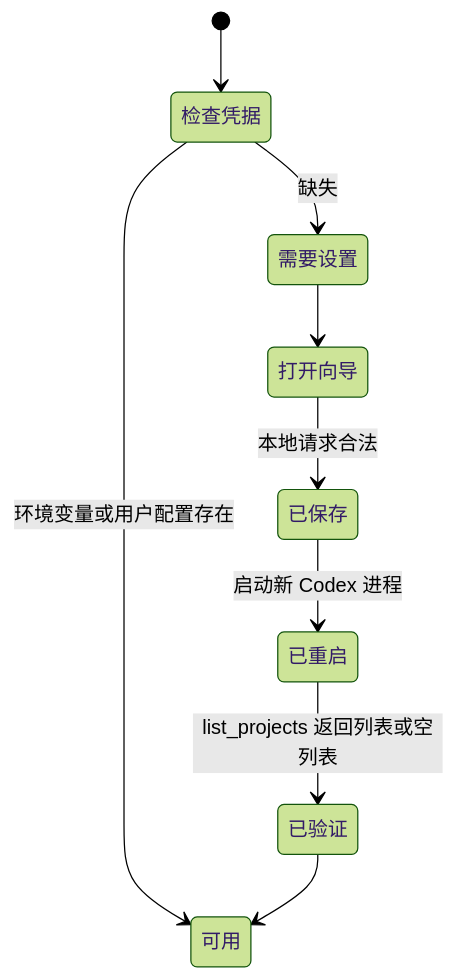
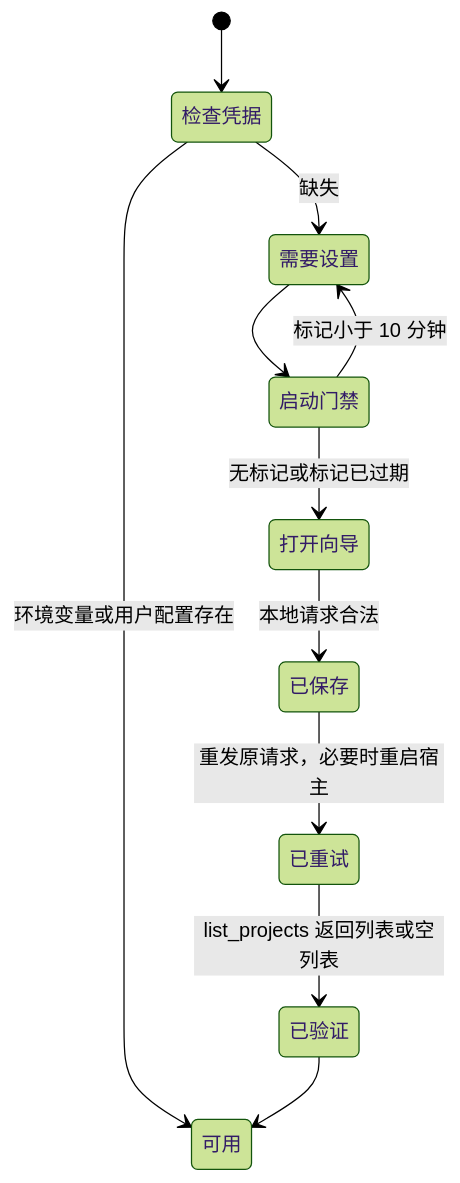
The eighth of 11 diagrams in docs/Stitch-Design-Architecture.zh_CN.md (full-stack-plugins/stitch-design-plugin), drawn with Mermaid (forest theme) before and after one commit. The commit also changed other lines of this file and 17 other files, not shown here.

````diff
--- a/docs/Stitch-Design-Architecture.zh_CN.md
+++ b/docs/Stitch-Design-Architecture.zh_CN.md
@@ -173,11 +173,13 @@
 ```mermaid
 stateDiagram-v2
     [*] --> 检查凭据
     检查凭据 --> 可用: 环境变量或用户配置存在
     检查凭据 --> 需要设置: 缺失
-    需要设置 --> 打开向导
+    需要设置 --> 启动门禁
+    启动门禁 --> 打开向导: 无标记或标记已过期
+    启动门禁 --> 需要设置: 标记小于 10 分钟
     打开向导 --> 已保存: 本地请求合法
-    已保存 --> 已重启: 启动新 Codex 进程
-    已重启 --> 已验证: list_projects 返回列表或空列表
+    已保存 --> 已重试: 重发原请求，必要时重启宿主
+    已重试 --> 已验证: list_projects 返回列表或空列表
     已验证 --> 可用
 ```
````
